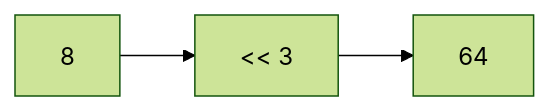
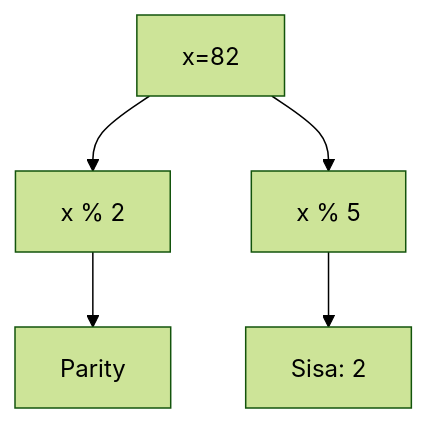
One commit to amnahwaida/OSNK_INF_PREP changed diagram 18 of 25 in part-c-pemahaman-cpp/06-bitwise/latihan/set-06.md. Above: the diagram before and after it, drawn with Mermaid (forest theme). The commit also changed other lines of this file and 71 other files, not shown here.

````diff
--- a/part-c-pemahaman-cpp/06-bitwise/latihan/set-06.md
+++ b/part-c-pemahaman-cpp/06-bitwise/latihan/set-06.md
@@ -455,5 +538,7 @@
 ```mermaid
-graph LR
-    A[8] --> B["<< 3"]
-    B --> C[64]
+graph TD
+A[x=82] --> B[x % 2]
+B --> C[Parity]
+A --> D[x % 5]
+D --> E[Sisa: 2]
 ```
````
